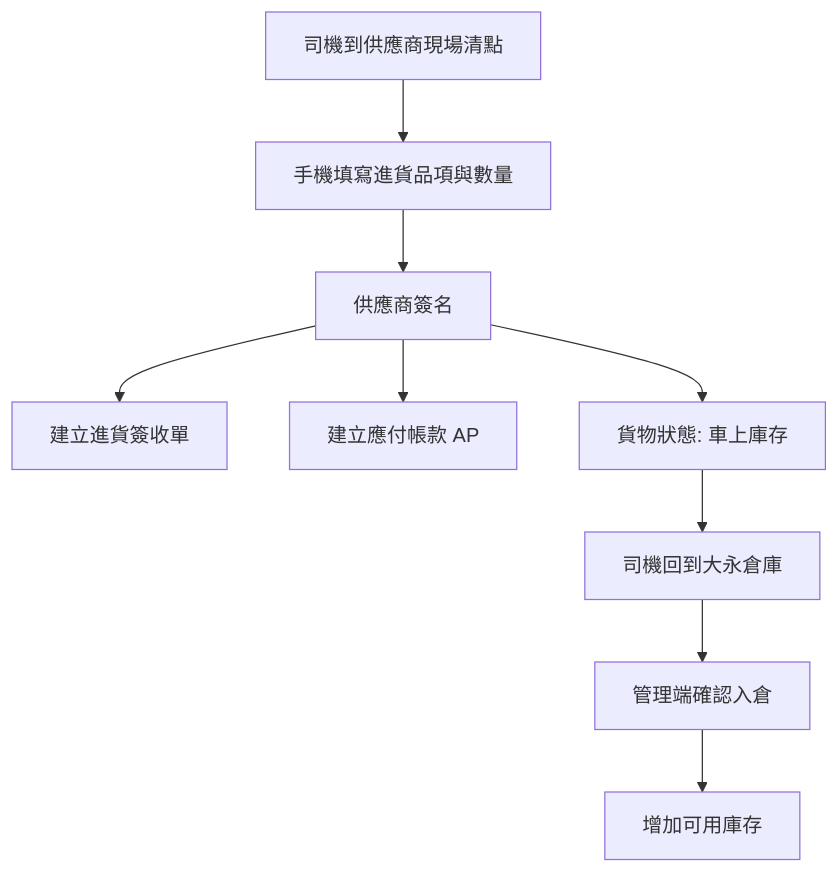
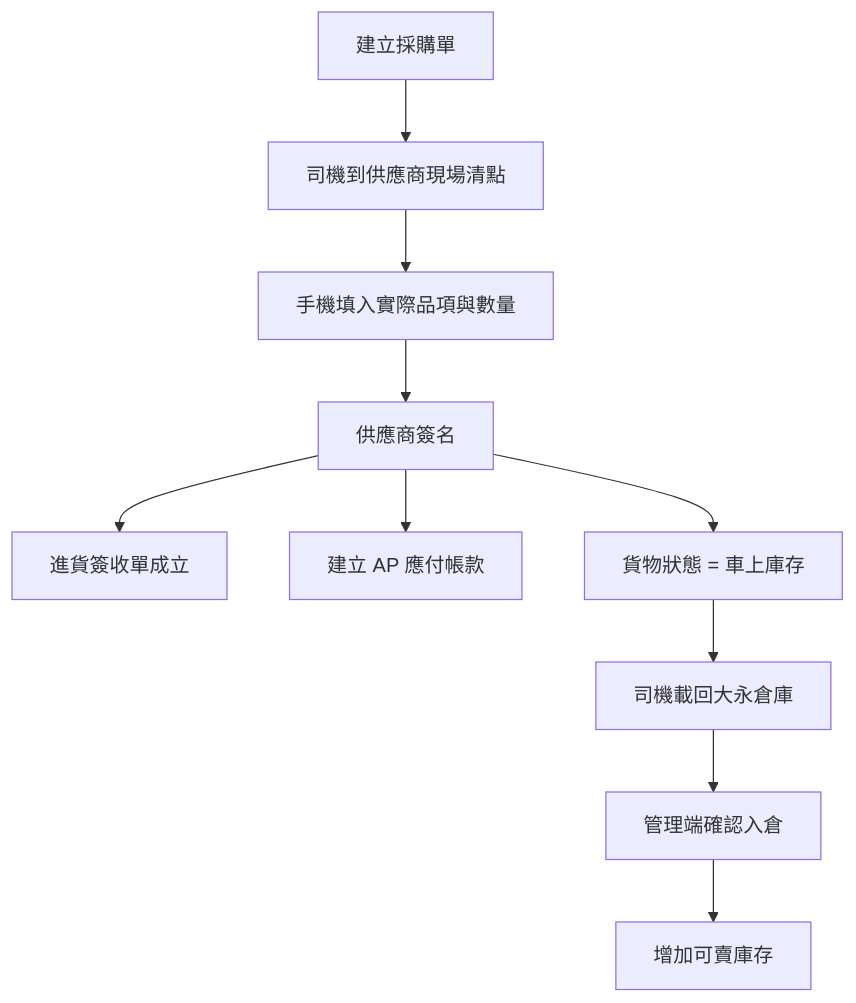
One commit to YULIANA401534M/ordersome_official_v2.0221 changed the first of 3 diagrams in docs/dayone-stock-accounting-logic-2026-04-25.md. Above: the diagram before and after it, drawn with Mermaid. The commit also changed other lines of this file and 2 other files, not shown here.

````diff
--- a/docs/dayone-stock-accounting-logic-2026-04-25.md
+++ b/docs/dayone-stock-accounting-logic-2026-04-25.md
@@ -19,11 +58,12 @@
 ```mermaid
 flowchart TD
-  A[司機到供應商現場清點] --> B[手機填寫進貨品項與數量]
-  B --> C[供應商簽名]
-  C --> D[建立進貨簽收單]
-  C --> E[建立應付帳款 AP]
-  C --> F[貨物狀態: 車上庫存]
-  F --> G[司機回到大永倉庫]
-  G --> H[管理端確認入倉]
-  H --> I[增加可用庫存]
+  A[建立採購單] --> B[司機到供應商現場清點]
+  B --> C[手機填入實際品項與數量]
+  C --> D[供應商簽名]
+  D --> E[進貨簽收單成立]
+  D --> F[建立 AP 應付帳款]
+  D --> G[貨物狀態 = 車上庫存]
+  G --> H[司機載回大永倉庫]
+  H --> I[管理端確認入倉]
+  I --> J[增加可賣庫存]
 ```
````
